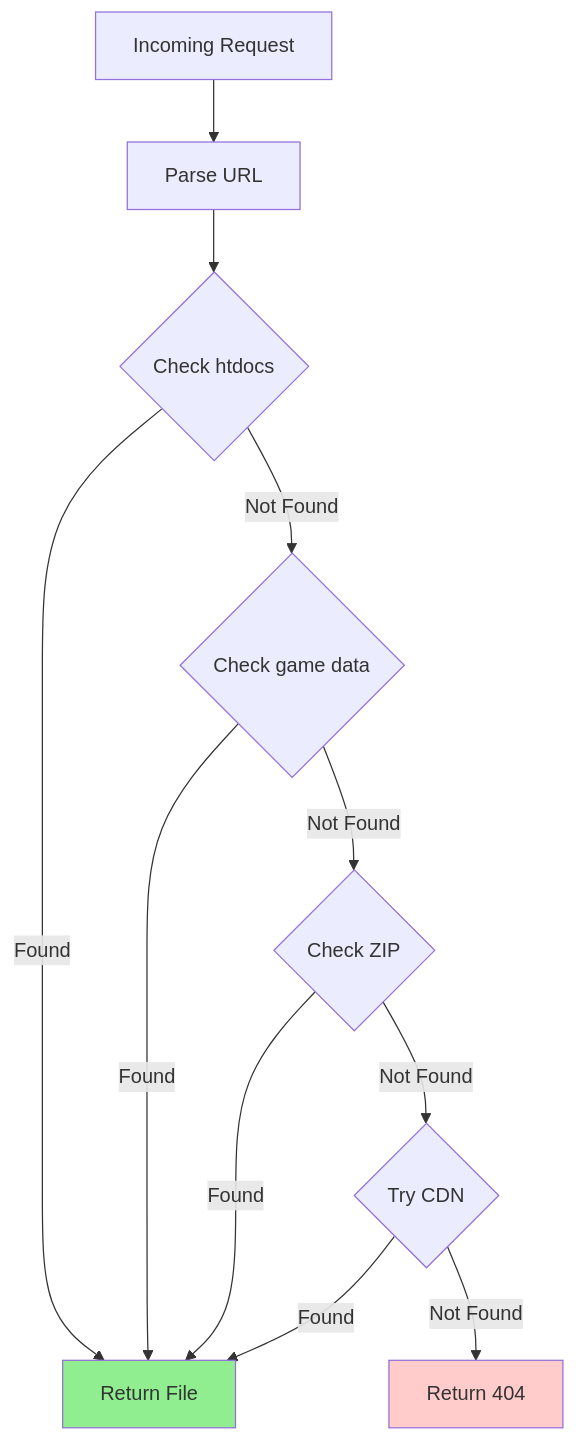
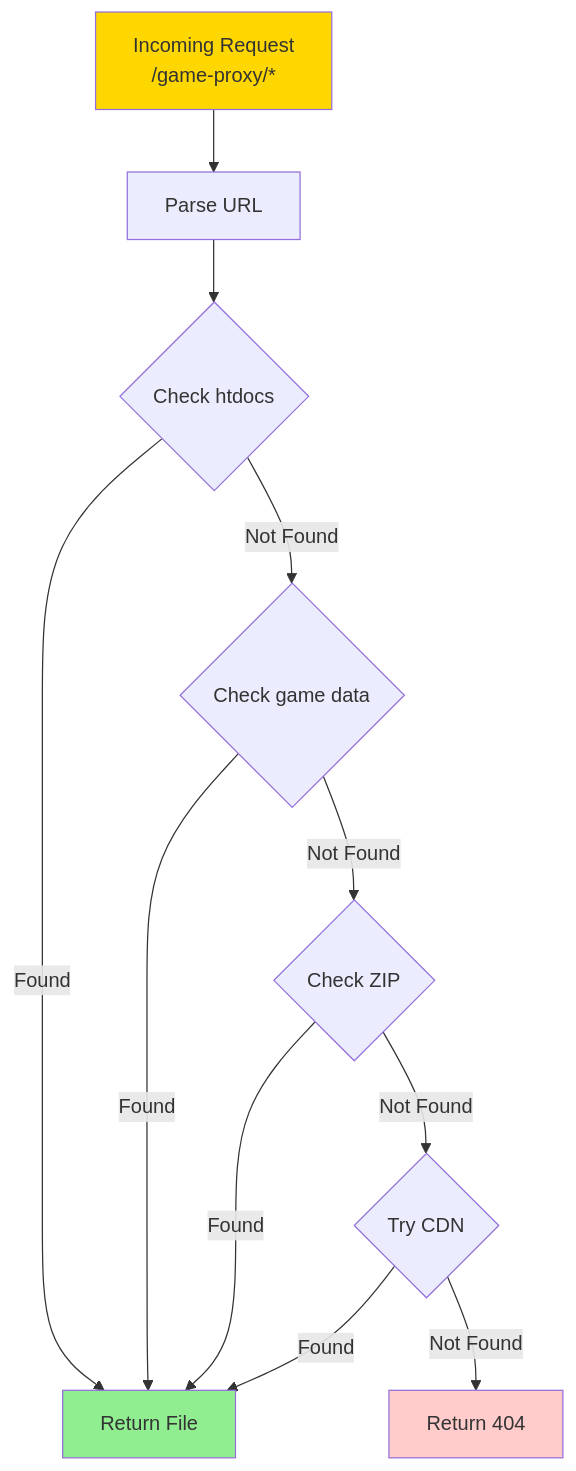
The sixth of 6 diagrams in docs/02-architecture/game-launch-flow.md (darkraise/flashpoint-web), drawn with Mermaid before and after one commit. The commit also changed other lines of this file and 252 other files, not shown here.

````diff
--- a/docs/02-architecture/game-launch-flow.md
+++ b/docs/02-architecture/game-launch-flow.md
@@ -283,29 +362,30 @@
 ```mermaid
 graph TB
-    Request[Incoming Request]
+    Request[Incoming Request<br/>/game-proxy/*]
     ParseURL[Parse URL]
     CheckHTDocs{Check htdocs}
     CheckGameData{Check game data}
     CheckZIP{Check ZIP}
     CheckCDN{Try CDN}
     ReturnFile[Return File]
     Return404[Return 404]
 
     Request --> ParseURL
     ParseURL --> CheckHTDocs
 
     CheckHTDocs -->|Found| ReturnFile
     CheckHTDocs -->|Not Found| CheckGameData
 
     CheckGameData -->|Found| ReturnFile
     CheckGameData -->|Not Found| CheckZIP
 
     CheckZIP -->|Found| ReturnFile
     CheckZIP -->|Not Found| CheckCDN
 
     CheckCDN -->|Found| ReturnFile
     CheckCDN -->|Not Found| Return404
 
+    style Request fill:#ffd700
     style ReturnFile fill:#90ee90
     style Return404 fill:#ffcccb
 ```
````
